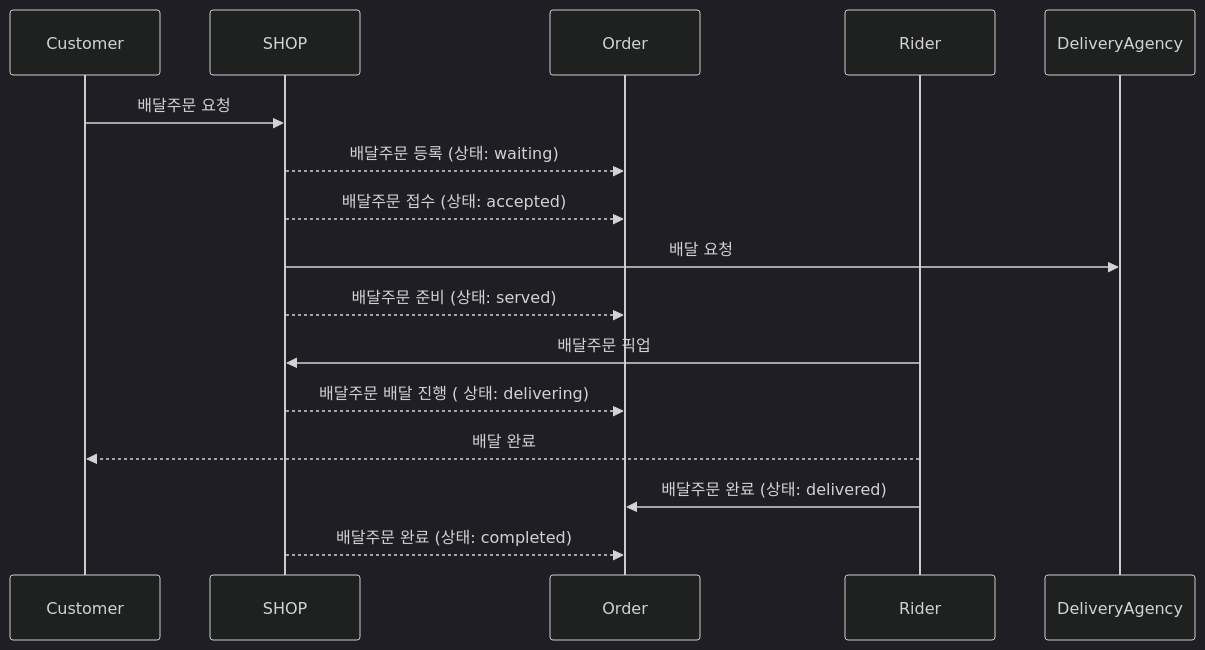
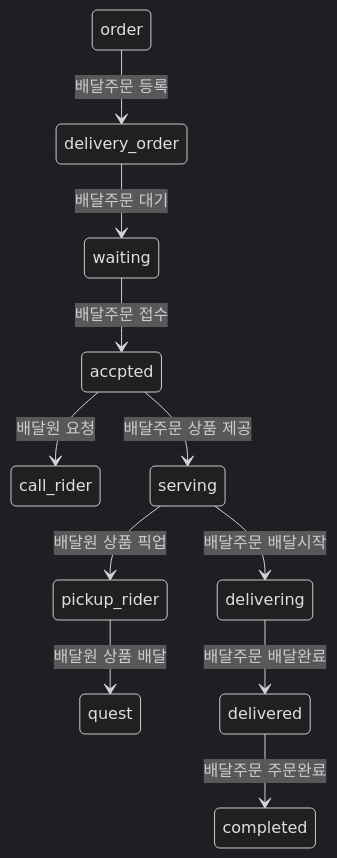
Before and after one commit to jinyoonYang/ddd-strategic-design: the sixth of 7 diagrams in README.md, drawn with Mermaid (dark theme). The commit also changed other lines of this file, not shown here.

````diff
--- a/README.md
+++ b/README.md
@@ -313,19 +322,14 @@
 ```mermaid
-sequenceDiagram
-    participant Customer
-    participant SHOP
-    participant Order
-    participant Rider
-    participant DeliveryAgency
-    Customer ->> SHOP: 배달주문 요청
-    SHOP -->> Order: 배달주문 등록 (상태: waiting)
-    SHOP -->> Order: 배달주문 접수 (상태: accepted)
-    SHOP ->> DeliveryAgency: 배달 요청
-    SHOP -->> Order: 배달주문 준비 (상태: served)
-    Rider ->> SHOP: 배달주문 픽업
-    SHOP -->> Order: 배달주문 배달 진행 ( 상태: delivering)
-    Rider -->> Customer: 배달 완료
-    Rider ->> Order: 배달주문 완료 (상태: delivered)
-    SHOP -->> Order: 배달주문 완료 (상태: completed)
-
+stateDiagram-v2
+  table: order
+  table --> delivery_order: 배달주문 등록
+  delivery_order --> waiting : 배달주문 대기
+  waiting --> accpted : 배달주문 접수
+  accpted --> call_rider  : 배달원 요청
+  accpted --> serving : 배달주문 상품 제공
+  serving --> pickup_rider : 배달원 상품 픽업
+  serving --> delivering : 배달주문 배달시작
+  pickup_rider --> quest : 배달원 상품 배달
+  delivering --> delivered : 배달주문 배달완료
+  delivered --> completed : 배달주문 주문완료
 ```
````
